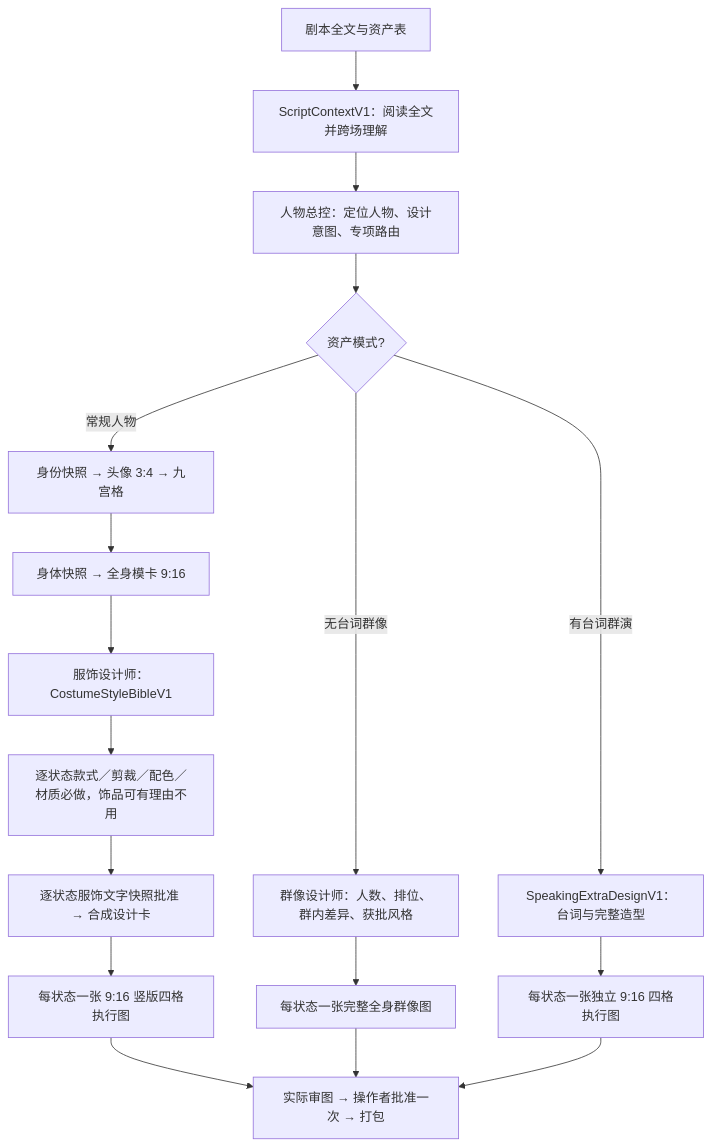
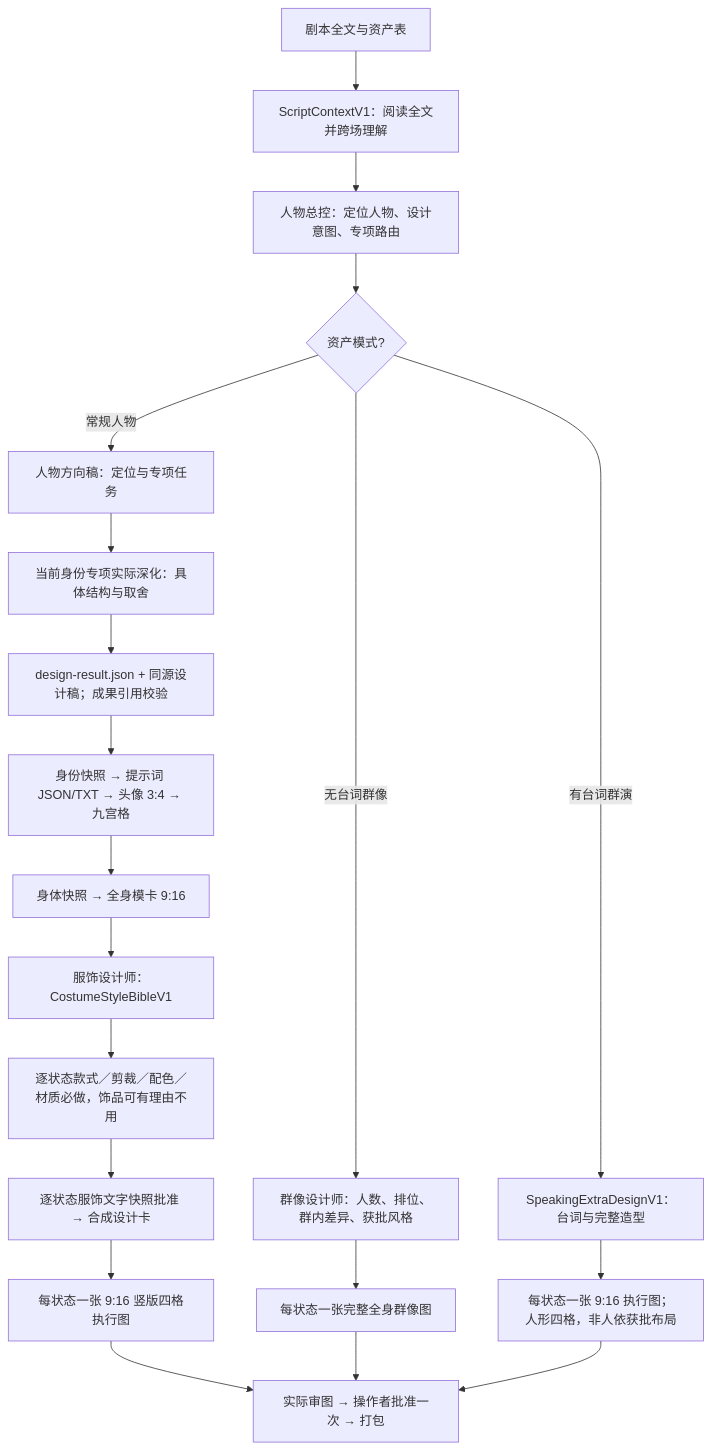
The first of 3 diagrams in character-assets/README.md (kaibaoxiang-studio/ZiChan), drawn with Mermaid before and after one commit. The commit also changed other lines of this file and 46 other files, not shown here.

````diff
--- a/character-assets/README.md
+++ b/character-assets/README.md
@@ -59,19 +65,22 @@
 ```mermaid
 flowchart TD
     A["剧本全文与资产表"] --> B["ScriptContextV1：阅读全文并跨场理解"]
     B --> C["人物总控：定位人物、设计意图、专项路由"]
     C --> X{"资产模式?"}
-    X -- "常规人物" --> D["身份快照 → 头像 3:4 → 九宫格"]
+    X -- "常规人物" --> K["人物方向稿：定位与专项任务"]
+    K --> L["当前身份专项实际深化：具体结构与取舍"]
+    L --> V["design-result.json + 同源设计稿；成果引用校验"]
+    V --> D["身份快照 → 提示词 JSON/TXT → 头像 3:4 → 九宫格"]
     D --> E["身体快照 → 全身模卡 9:16"]
     E --> F["服饰设计师：CostumeStyleBibleV1"]
     F --> G["逐状态款式／剪裁／配色／材质必做，饰品可有理由不用"]
     G --> H["逐状态服饰文字快照批准 → 合成设计卡"]
     H --> I["每状态一张 9:16 竖版四格执行图"]
     I --> J["实际审图 → 操作者批准一次 → 打包"]
     X -- "无台词群像" --> Q["群像设计师：人数、排位、群内差异、获批风格"]
     Q --> R["每状态一张完整全身群像图"]
     R --> J
     X -- "有台词群演" --> T["SpeakingExtraDesignV1：台词与完整造型"]
-    T --> U["每状态一张独立 9:16 四格执行图"]
+    T --> U["每状态一张 9:16 执行图；人形四格，非人依获批布局"]
     U --> J
 ```
````
